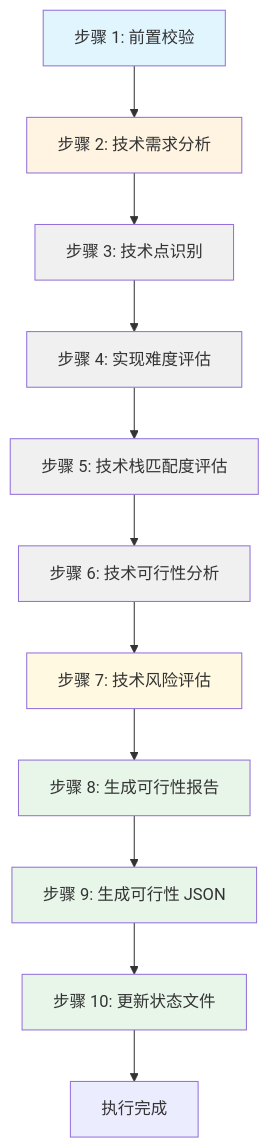
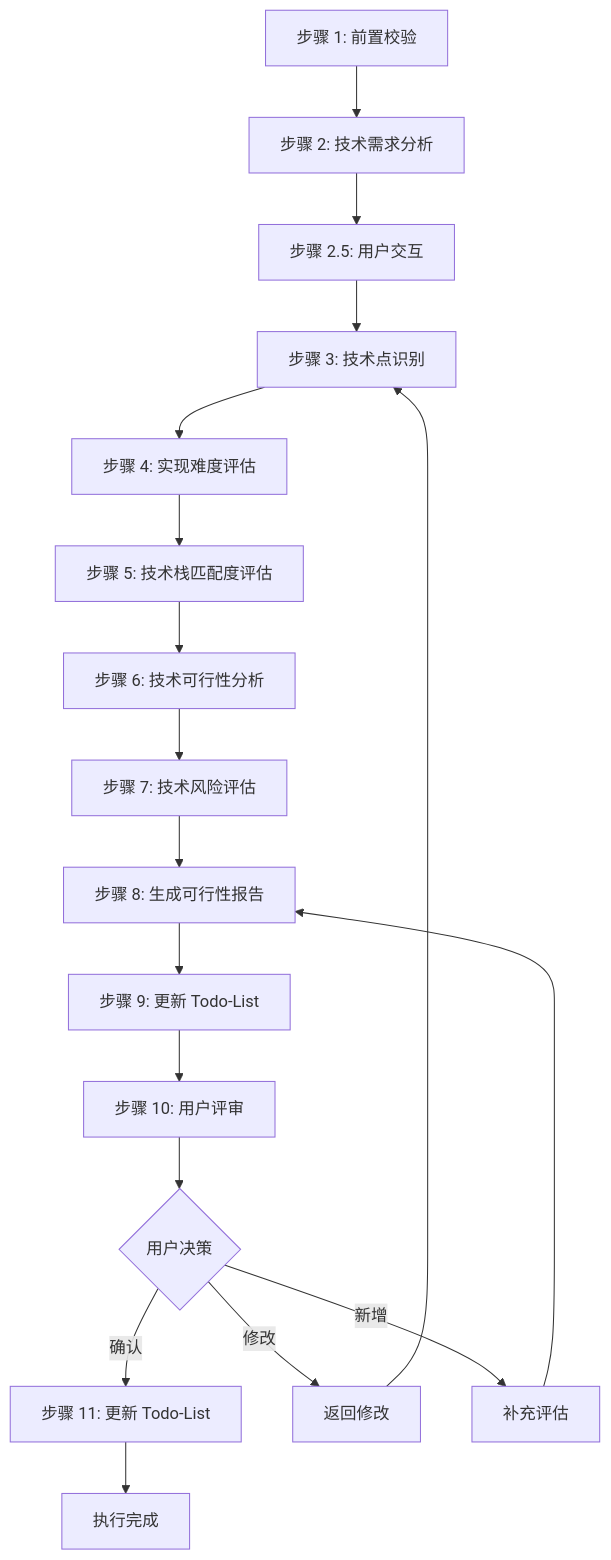
Before and after one commit to HeartFlying/swf: the first of 2 diagrams in skills/s3-technical/skill11-feasibility/SKILL.md, drawn with Mermaid. The commit also changed other lines of this file and 39 other files, not shown here.

````diff
--- a/skills/s3-technical/skill11-feasibility/SKILL.md
+++ b/skills/s3-technical/skill11-feasibility/SKILL.md
@@ -99,24 +242,20 @@
 ```mermaid
 graph TD
     A[步骤 1: 前置校验] --> B[步骤 2: 技术需求分析]
-    B --> C[步骤 3: 技术点识别]
-    C --> D[步骤 4: 实现难度评估]
-    D --> E[步骤 5: 技术栈匹配度评估]
-    E --> F[步骤 6: 技术可行性分析]
-    F --> G[步骤 7: 技术风险评估]
-    G --> H[步骤 8: 生成可行性报告]
-    H --> I[步骤 9: 生成可行性 JSON]
-    I --> J[步骤 10: 更新状态文件]
-    J --> K[执行完成]
-    
-    style A fill:#e1f5ff
-    style B fill:#fff4e1
-    style C fill:#f0f0f0
-    style D fill:#f0f0f0
-    style E fill:#f0f0f0
-    style F fill:#f0f0f0
-    style G fill:#fff9e1
-    style H fill:#e8f5e9
-    style I fill:#e8f5e9
-    style J fill:#e8f5e9
+    B --> C[步骤 2.5: 用户交互]
+    C --> D[步骤 3: 技术点识别]
+    D --> E[步骤 4: 实现难度评估]
+    E --> F[步骤 5: 技术栈匹配度评估]
+    F --> G[步骤 6: 技术可行性分析]
+    G --> H[步骤 7: 技术风险评估]
+    H --> I[步骤 8: 生成可行性报告]
+    I --> J[步骤 9: 更新 Todo-List]
+    J --> K[步骤 10: 用户评审]
+    K --> L{用户决策}
+    L -->|确认 | M[步骤 11: 更新 Todo-List]
+    L -->|修改 | N[返回修改]
+    L -->|新增 | O[补充评估]
+    M --> P[执行完成]
+    N --> D
+    O --> I
 ```
````
